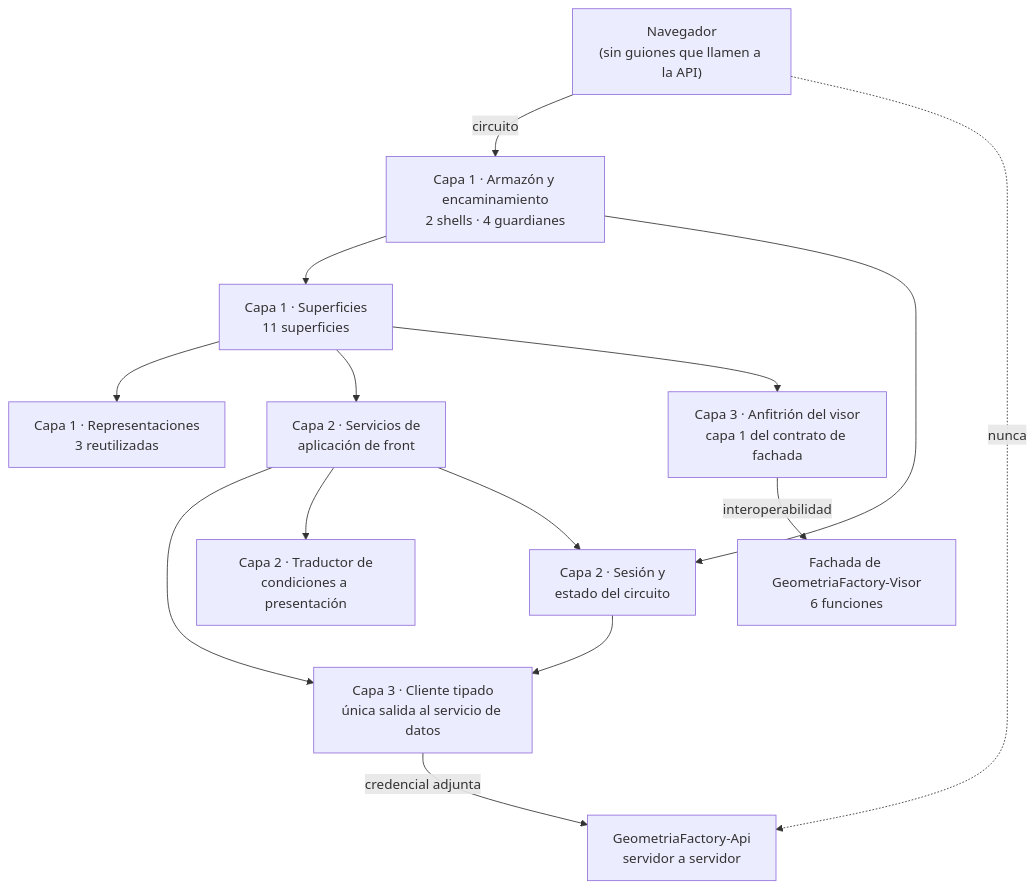
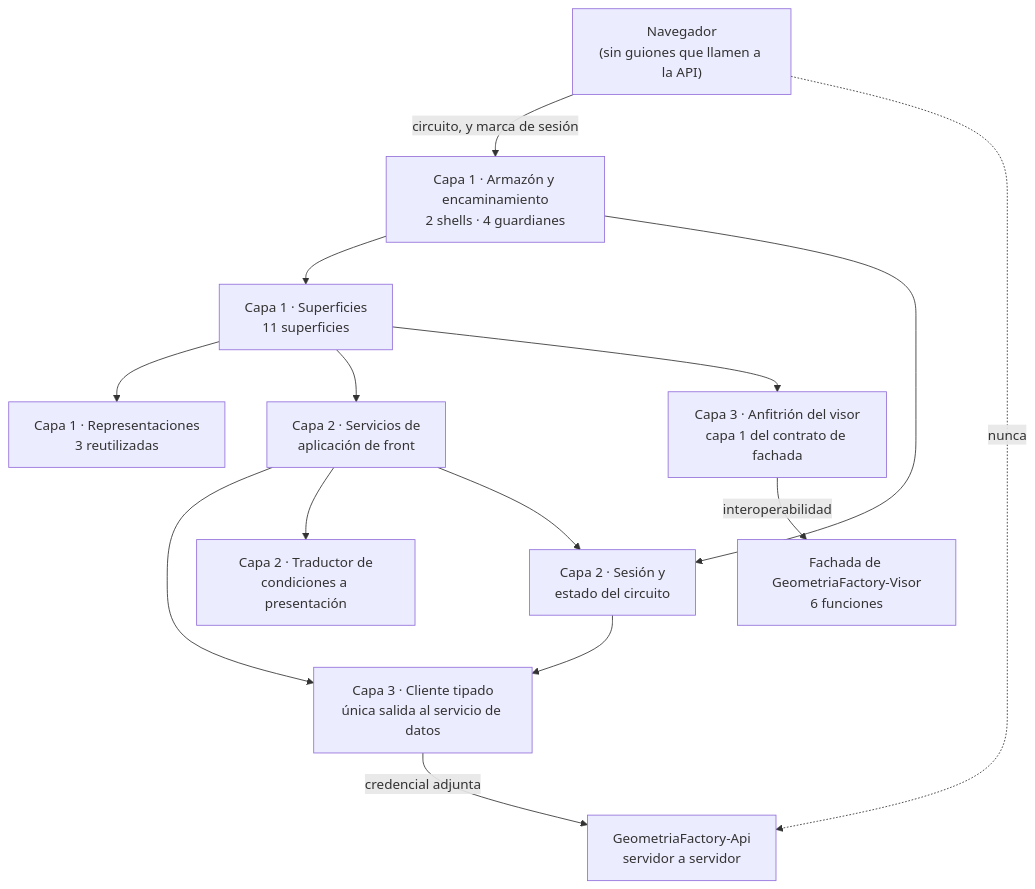
One commit to hdcm-dev/Lab-Geometria changed the diagram in SDD/Docs/Proyectos/GeometriaFactory-Web/05-Arquitectura-Tecnica/Arquitectura-Proyecto-Codigo.md. Above: the diagram before and after it, drawn with Mermaid. The commit also changed other lines of this file and 32 other files, not shown here.

````diff
--- a/SDD/Docs/Proyectos/GeometriaFactory-Web/05-Arquitectura-Tecnica/Arquitectura-Proyecto-Codigo.md
+++ b/SDD/Docs/Proyectos/GeometriaFactory-Web/05-Arquitectura-Tecnica/Arquitectura-Proyecto-Codigo.md
@@ -104,27 +104,27 @@
 ```mermaid
 flowchart TD
     NAV["Navegador<br/>(sin guiones que llamen a la API)"]
     ARM["Capa 1 · Armazón y encaminamiento<br/>2 shells · 4 guardianes"]
     SUP["Capa 1 · Superficies<br/>11 superficies"]
     REP["Capa 1 · Representaciones<br/>3 reutilizadas"]
     SAF["Capa 2 · Servicios de<br/>aplicación de front"]
     SES["Capa 2 · Sesión y<br/>estado del circuito"]
     TRA["Capa 2 · Traductor de<br/>condiciones a presentación"]
     CLI["Capa 3 · Cliente tipado<br/>única salida al servicio de datos"]
     ANF["Capa 3 · Anfitrión del visor<br/>capa 1 del contrato de fachada"]
     FAC["Fachada de GeometriaFactory-Visor<br/>6 funciones"]
     API["GeometriaFactory-Api<br/>servidor a servidor"]
-    NAV -->|"circuito"| ARM
+    NAV -->|"circuito, y marca de sesión"| ARM
     ARM --> SUP
     ARM --> SES
     SUP --> REP
     SUP --> SAF
     SUP --> ANF
     SAF --> CLI
     SAF --> TRA
     SAF --> SES
     SES --> CLI
     CLI -->|"credencial adjunta"| API
     ANF -->|"interoperabilidad"| FAC
     NAV -.->|"nunca"| API
 ```
````
